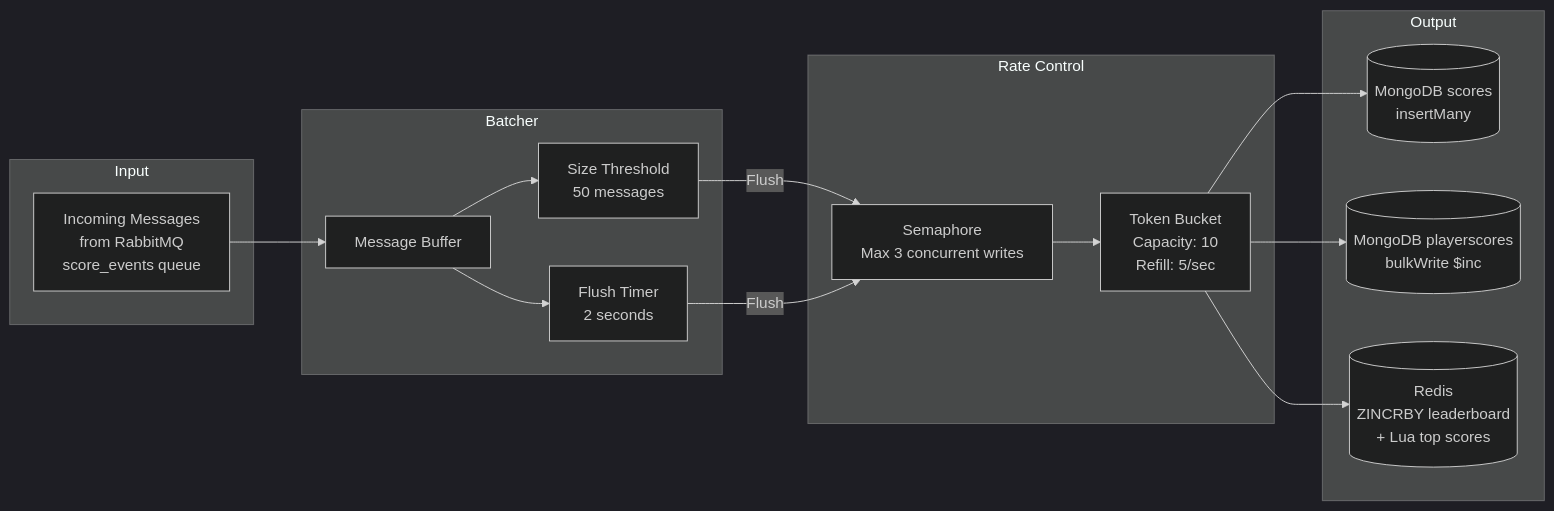
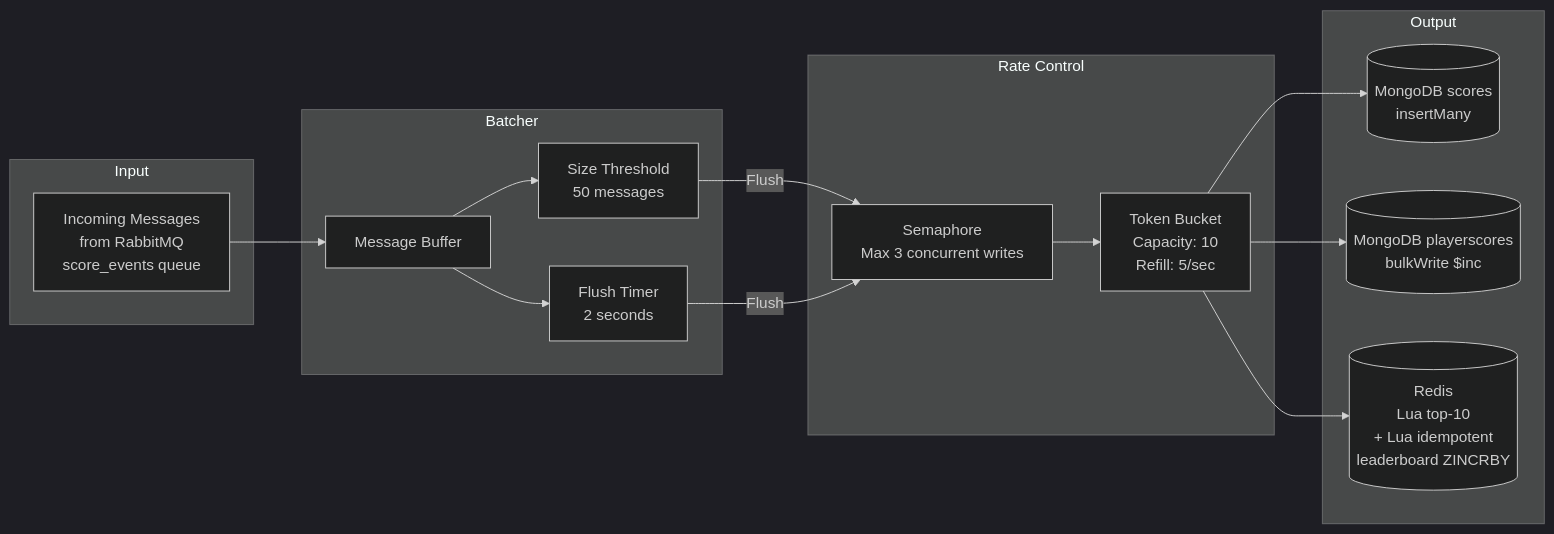
Before and after one commit to AmitOfir4/Whalo-Backend-Exam: the fifth of 10 diagrams in docs/architecture.md, drawn with Mermaid (dark theme). The commit also changed other lines of this file and 10 other files, not shown here.

Commit message:
fix top leaderboard update

````diff
--- a/docs/architecture.md
+++ b/docs/architecture.md
@@ -166,33 +174,33 @@
 ```mermaid
 graph LR
     subgraph Input
         MSG[Incoming Messages<br/>from RabbitMQ<br/>score_events queue]
     end
 
     subgraph Batcher["Batcher"]
         BUF[Message Buffer]
         TIMER[Flush Timer<br/>2 seconds]
         SIZE[Size Threshold<br/>50 messages]
     end
 
     subgraph RateControl["Rate Control"]
         SEM[Semaphore<br/>Max 3 concurrent writes]
         TB[Token Bucket<br/>Capacity: 10<br/>Refill: 5/sec]
     end
 
     subgraph Output
         DB1[(MongoDB scores<br/>insertMany)]
         DB2[(MongoDB playerscores<br/>bulkWrite $inc)]
-        R1[(Redis<br/>ZINCRBY leaderboard<br/>+ Lua top scores)]
+        R1[(Redis<br/>Lua top-10<br/>+ Lua idempotent<br/>leaderboard ZINCRBY)]
     end
 
     MSG --> BUF
     BUF --> SIZE
     BUF --> TIMER
     SIZE -->|Flush| SEM
     TIMER -->|Flush| SEM
     SEM --> TB
     TB --> DB1
     TB --> DB2
     TB --> R1
 ```
````
